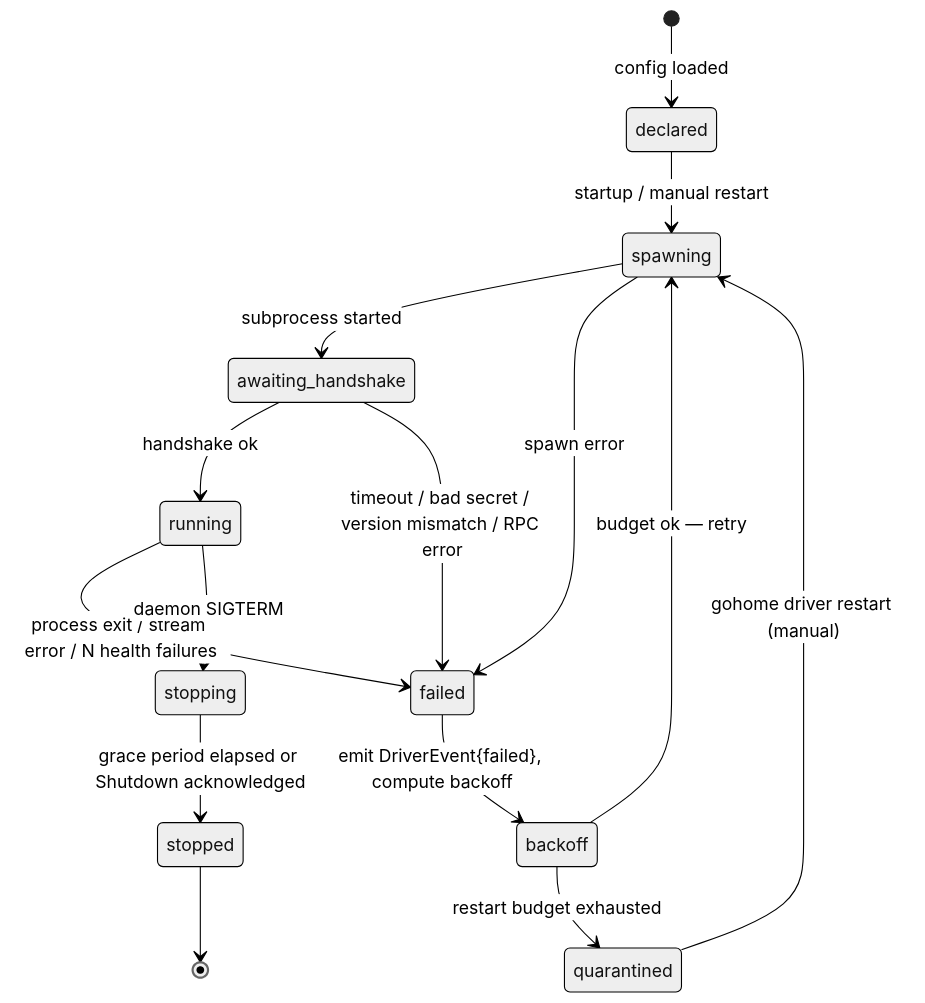
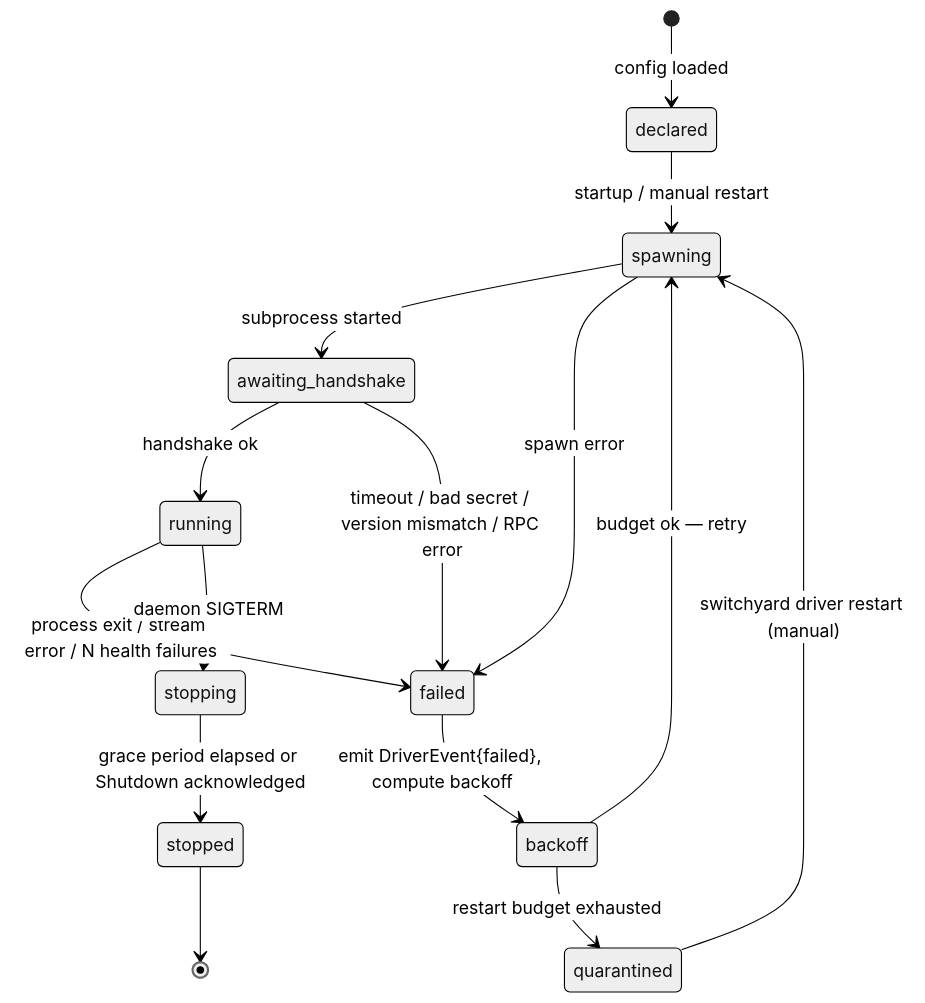
The diagram in docs/docs/drivers/building/lifecycle.md (fdatoo/switchyard), drawn with Mermaid (neutral theme) before and after one commit. The commit also changed other lines of this file and 615 other files, not shown here.

````diff
--- a/docs/docs/drivers/building/lifecycle.md
+++ b/docs/docs/drivers/building/lifecycle.md
@@ -11,24 +11,24 @@
 ```mermaid
 stateDiagram-v2
     [*] --> declared : config loaded
 
     declared --> spawning : startup / manual restart
 
     spawning --> awaiting_handshake : subprocess started
     spawning --> failed : spawn error
 
     awaiting_handshake --> running : handshake ok
     awaiting_handshake --> failed : timeout / bad secret / version mismatch / RPC error
 
     running --> failed : process exit / stream error / N health failures
     running --> stopping : daemon SIGTERM
 
     failed --> backoff : emit DriverEvent{failed}, compute backoff
     backoff --> spawning : budget ok — retry
     backoff --> quarantined : restart budget exhausted
 
-    quarantined --> spawning : gohome driver restart (manual)
+    quarantined --> spawning : switchyard driver restart (manual)
 
     stopping --> stopped : grace period elapsed or Shutdown acknowledged
     stopped --> [*]
 ```
````
